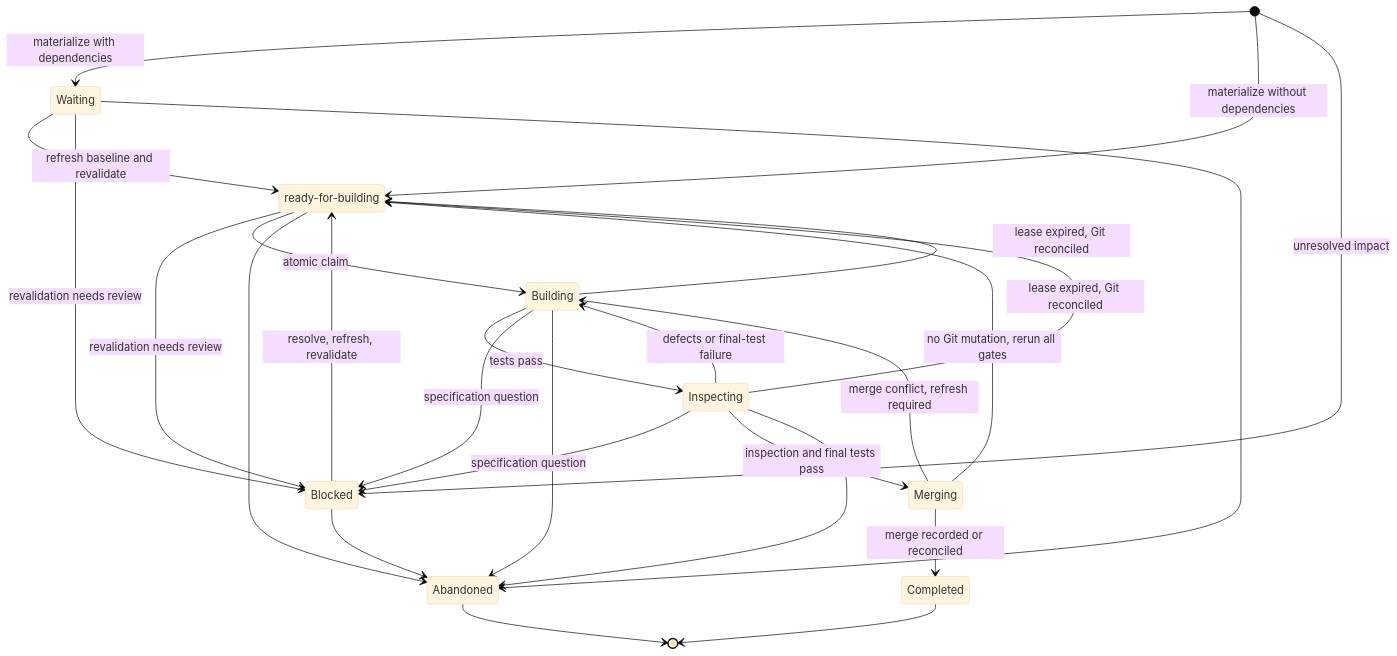
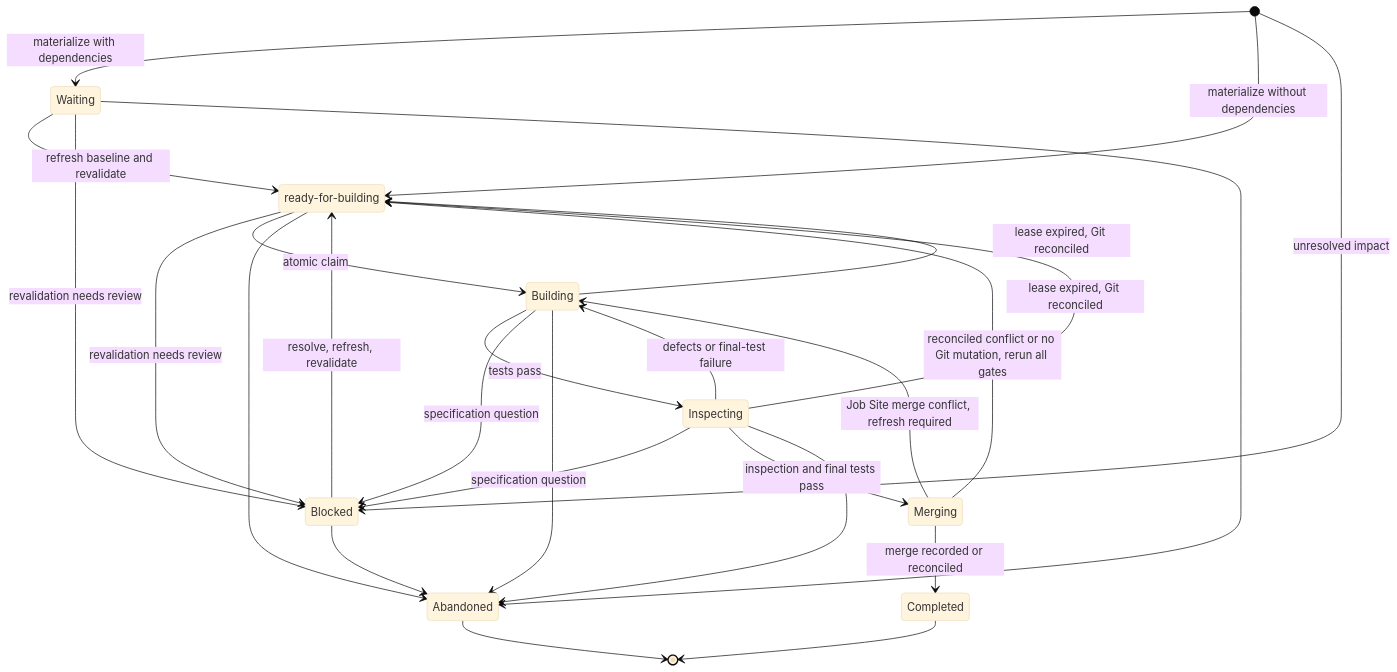
Before and after one commit to JohnStrunk/ProtoBot: the second of 5 diagrams in docs/architecture/components.md, drawn with Mermaid (base theme). The commit also changed other lines of this file and 2 other files, not shown here.

````diff
--- a/docs/architecture/components.md
+++ b/docs/architecture/components.md
@@ -656,29 +656,29 @@
 ```mermaid
 stateDiagram-v2
     state "ready-for-building" as Ready
     [*] --> Waiting: materialize with dependencies
     [*] --> Ready: materialize without dependencies
     [*] --> Blocked: unresolved impact
     Waiting --> Ready: refresh baseline and revalidate
     Waiting --> Blocked: revalidation needs review
     Ready --> Blocked: revalidation needs review
     Ready --> Building: atomic claim
     Building --> Inspecting: tests pass
     Building --> Blocked: specification question
     Inspecting --> Blocked: specification question
     Inspecting --> Building: defects or final-test failure
     Blocked --> Ready: resolve, refresh, revalidate
     Inspecting --> Merging: inspection and final tests pass
-    Merging --> Building: merge conflict, refresh required
+    Merging --> Building: Job Site merge conflict, refresh required
     Merging --> Completed: merge recorded or reconciled
-    Merging --> Ready: no Git mutation, rerun all gates
+    Merging --> Ready: reconciled conflict or no Git mutation, rerun all gates
     Building --> Ready: lease expired, Git reconciled
     Inspecting --> Ready: lease expired, Git reconciled
     Waiting --> Abandoned
     Ready --> Abandoned
     Building --> Abandoned
     Inspecting --> Abandoned
     Blocked --> Abandoned
     Completed --> [*]
     Abandoned --> [*]
 ```
````
